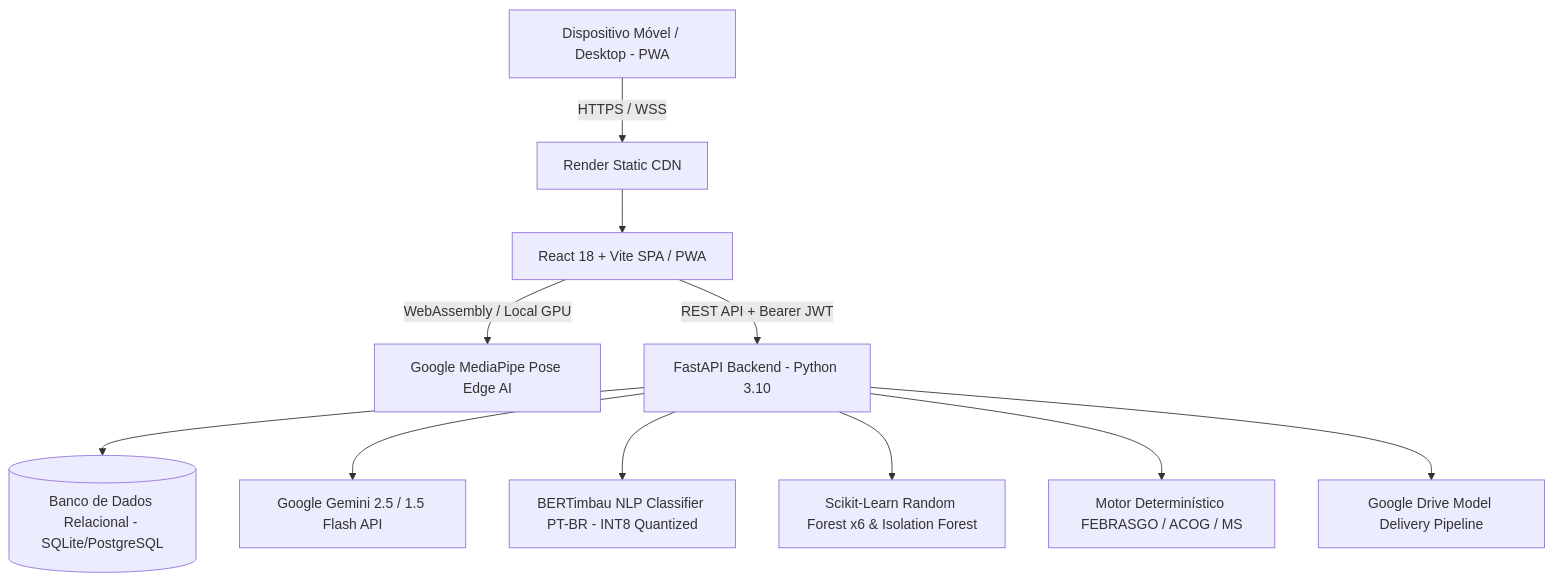
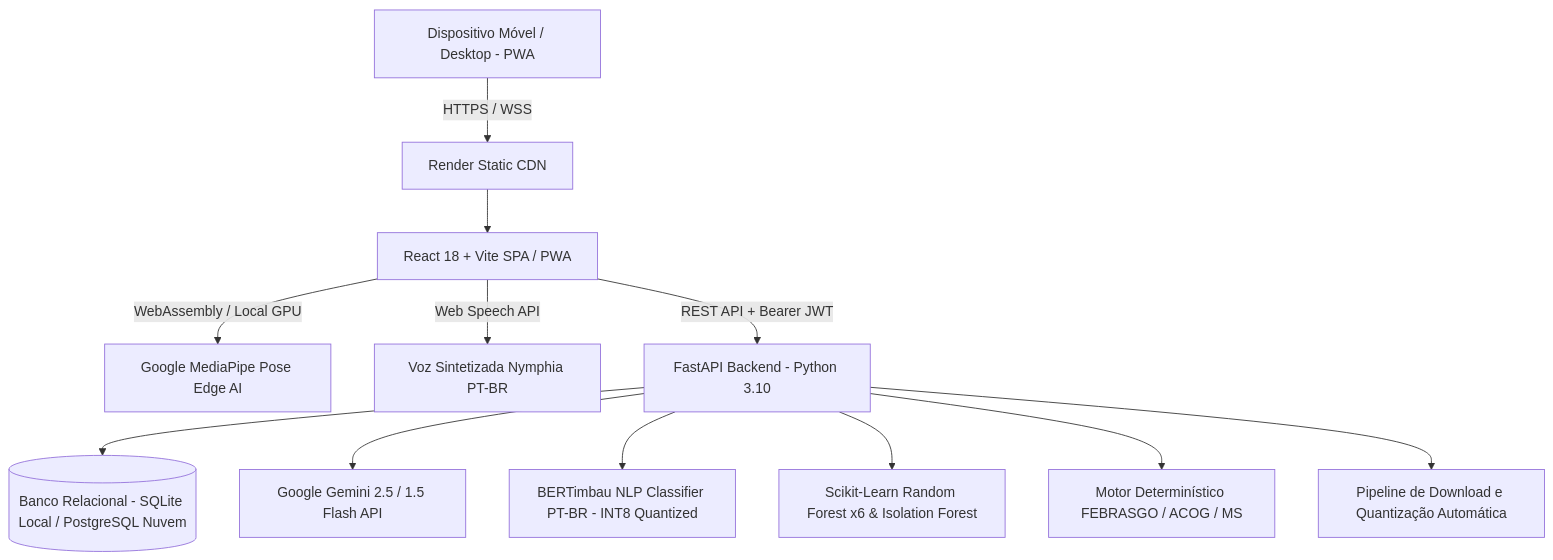
One commit to Gabrie-Pokk/Nymphia changed the first of 5 diagrams in DOCUMENTACAO_SISTEMA_NYMPHIA.md. Above: the diagram before and after it, drawn with Mermaid. The commit also changed other lines of this file and 44 other files, not shown here.

````diff
--- a/DOCUMENTACAO_SISTEMA_NYMPHIA.md
+++ b/DOCUMENTACAO_SISTEMA_NYMPHIA.md
@@ -29,13 +32,14 @@
 ```mermaid
 graph TD
     Client[Dispositivo Móvel / Desktop - PWA] -->|HTTPS / WSS| CDN[Render Static CDN]
     CDN --> Frontend[React 18 + Vite SPA / PWA]
     Frontend -->|WebAssembly / Local GPU| MediaPipe[Google MediaPipe Pose Edge AI]
+    Frontend -->|Web Speech API| AudioSynth[Voz Sintetizada Nymphia PT-BR]
     Frontend -->|REST API + Bearer JWT| Backend[FastAPI Backend - Python 3.10]
-    Backend --> DB[(Banco de Dados Relacional - SQLite/PostgreSQL)]
+    Backend --> DB[(Banco Relacional - SQLite Local / PostgreSQL Nuvem)]
     Backend --> GeminiAPI[Google Gemini 2.5 / 1.5 Flash API]
     Backend --> BERTimbau[BERTimbau NLP Classifier PT-BR - INT8 Quantized]
     Backend --> MLModels[Scikit-Learn Random Forest x6 & Isolation Forest]
     Backend --> RulesEngine[Motor Determinístico FEBRASGO / ACOG / MS]
-    Backend --> GDrive[Google Drive Model Delivery Pipeline]
+    Backend --> GDrive[Pipeline de Download e Quantização Automática]
 ```
````
